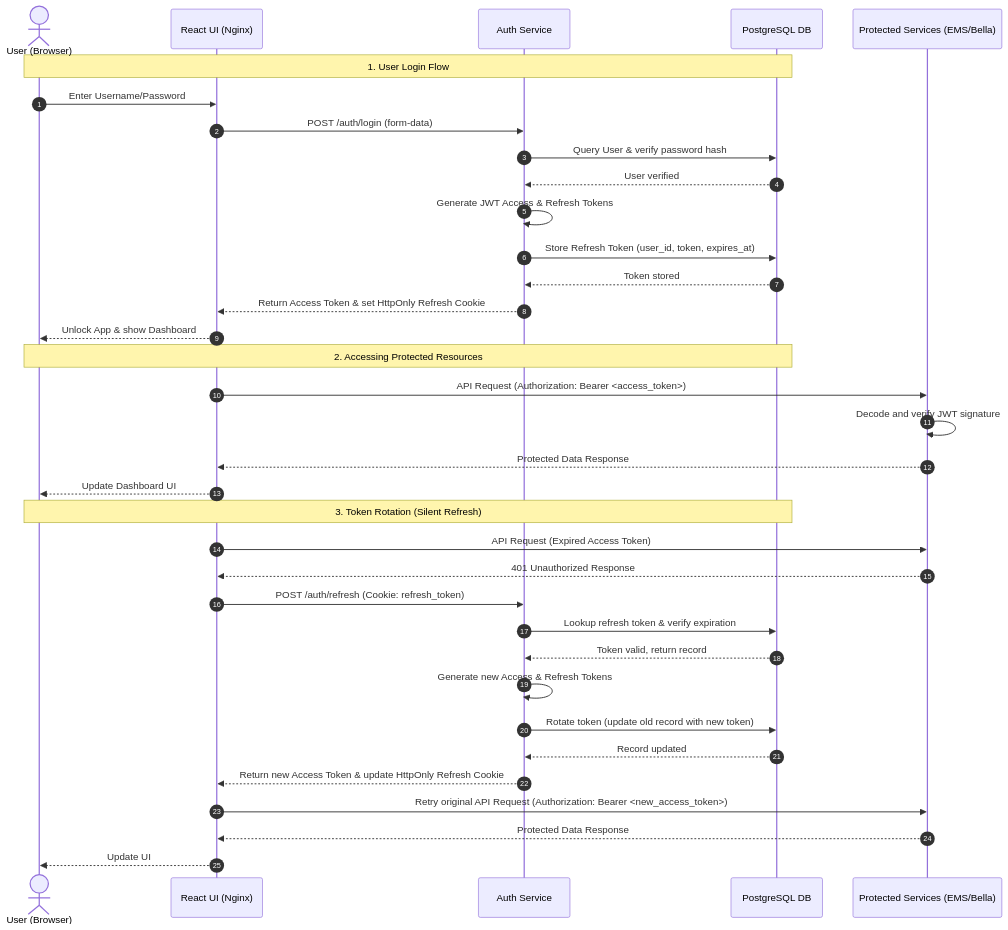
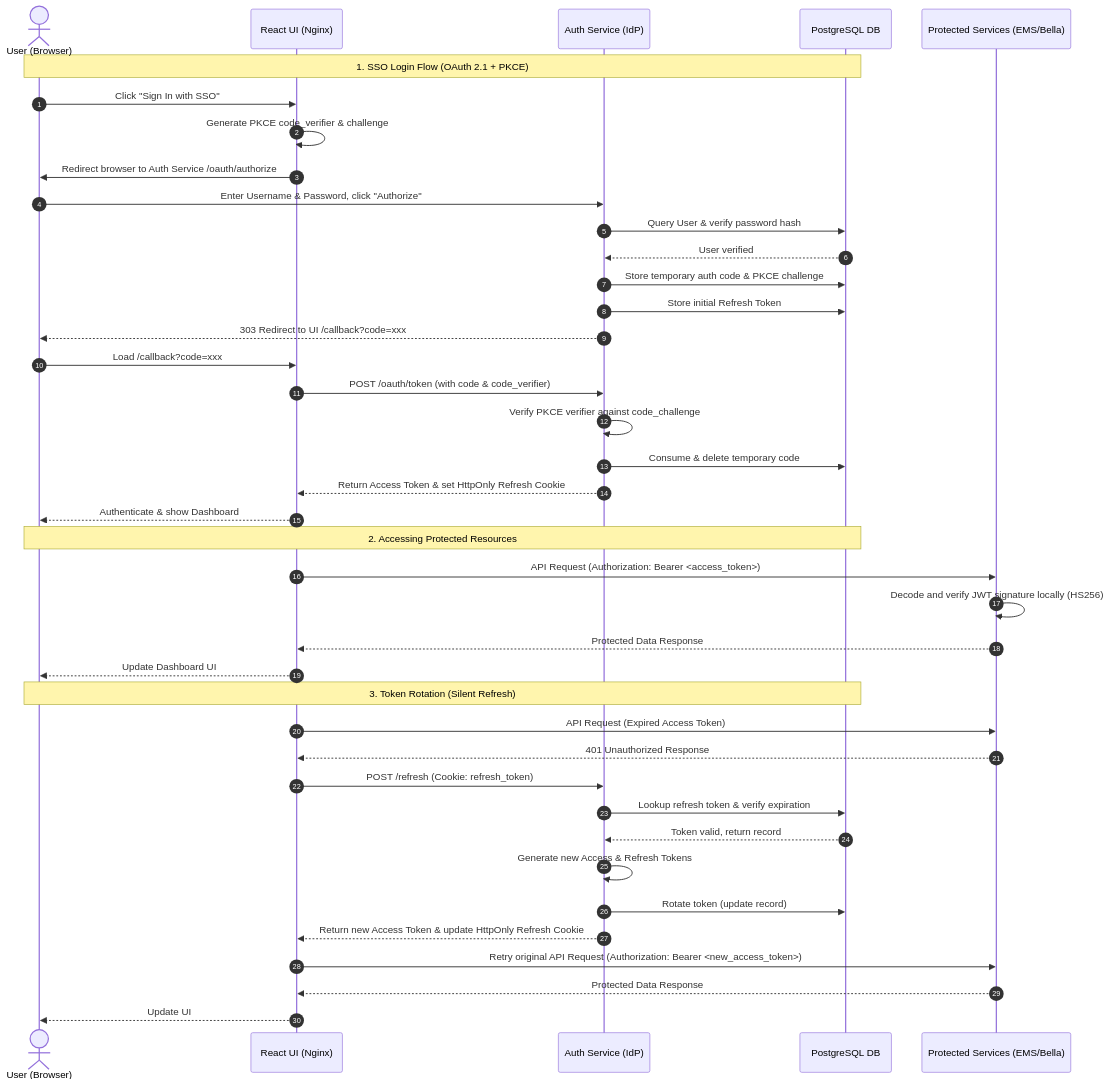
One commit to shangar-t-a/bella-keys-personal-assist changed the diagram in docs/user/authentication-guide.md. Above: the diagram before and after it, drawn with Mermaid. The commit also changed other lines of this file and 75 other files, not shown here.

Commit message:
Expand EMS MCP Server Tools and Migrate SPA UI to Central OAuth 2.1 SSO (#87)

````diff
--- a/docs/user/authentication-guide.md
+++ b/docs/user/authentication-guide.md
@@ -33,40 +35,45 @@
 ```mermaid
 sequenceDiagram
     autonumber
     actor User as User (Browser)
     participant UI as React UI (Nginx)
-    participant Auth as Auth Service
+    participant Auth as Auth Service (IdP)
     participant DB as PostgreSQL DB
     participant API as Protected Services (EMS/Bella)
 
-    Note over User, DB: 1. User Login Flow
-    User->>UI: Enter Username/Password
-    UI->>Auth: POST /auth/login (form-data)
+    Note over User, DB: 1. SSO Login Flow (OAuth 2.1 + PKCE)
+    User->>UI: Click "Sign In with SSO"
+    UI->>UI: Generate PKCE code_verifier & challenge
+    UI->>User: Redirect browser to Auth Service /oauth/authorize
+    User->>Auth: Enter Username & Password, click "Authorize"
     Auth->>DB: Query User & verify password hash
     DB-->>Auth: User verified
-    Auth->>Auth: Generate JWT Access & Refresh Tokens
-    Auth->>DB: Store Refresh Token (user_id, token, expires_at)
-    DB-->>Auth: Token stored
+    Auth->>DB: Store temporary auth code & PKCE challenge
+    Auth->>DB: Store initial Refresh Token
+    Auth-->>User: 303 Redirect to UI /callback?code=xxx
+    User->>UI: Load /callback?code=xxx
+    UI->>Auth: POST /oauth/token (with code & code_verifier)
+    Auth->>Auth: Verify PKCE verifier against code_challenge
+    Auth->>DB: Consume & delete temporary code
     Auth-->>UI: Return Access Token & set HttpOnly Refresh Cookie
-    UI-->>User: Unlock App & show Dashboard
+    UI-->>User: Authenticate & show Dashboard
 
     Note over User, DB: 2. Accessing Protected Resources
     UI->>API: API Request (Authorization: Bearer <access_token>)
-    API->>API: Decode and verify JWT signature
+    API->>API: Decode and verify JWT signature locally (HS256)
     API-->>UI: Protected Data Response
     UI-->>User: Update Dashboard UI
 
     Note over User, DB: 3. Token Rotation (Silent Refresh)
     UI->>API: API Request (Expired Access Token)
     API-->>UI: 401 Unauthorized Response
-    UI->>Auth: POST /auth/refresh (Cookie: refresh_token)
+    UI->>Auth: POST /refresh (Cookie: refresh_token)
     Auth->>DB: Lookup refresh token & verify expiration
     DB-->>Auth: Token valid, return record
     Auth->>Auth: Generate new Access & Refresh Tokens
-    Auth->>DB: Rotate token (update old record with new token)
-    DB-->>Auth: Record updated
+    Auth->>DB: Rotate token (update record)
     Auth-->>UI: Return new Access Token & update HttpOnly Refresh Cookie
     UI->>API: Retry original API Request (Authorization: Bearer <new_access_token>)
     API-->>UI: Protected Data Response
     UI-->>User: Update UI
 ```
````
